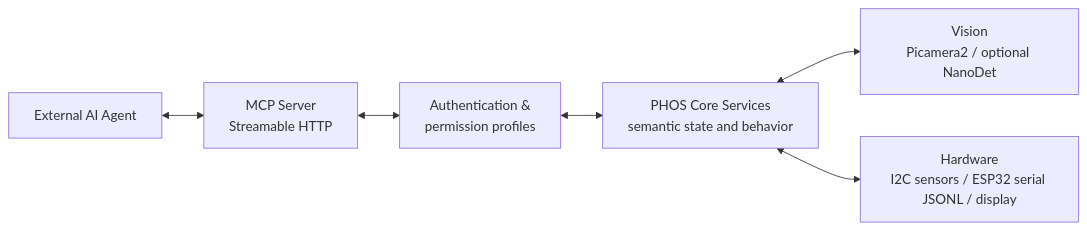
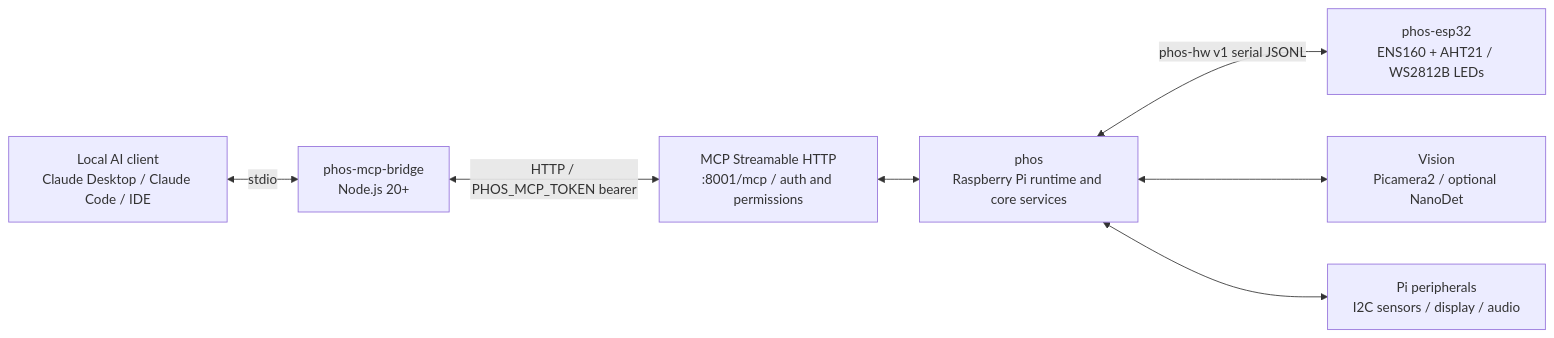
The diagram in README.md (phosairobot/phos), drawn with Mermaid before and after one commit. The commit also changed other lines of this file and 5 other files, not shown here.

Commit message:
docs: integrate phos-mcp-bridge and phos-esp32 into ecosystem architecture and docs

````diff
--- a/README.md
+++ b/README.md
@@ -57,15 +57,17 @@
 ```mermaid
 flowchart LR
-    agent[External AI Agent]
-    mcp["MCP Server<br/>Streamable HTTP"]
-    auth["Authentication &<br/>permission profiles"]
-    core["PHOS Core Services<br/>semantic state and behavior"]
+    agent["Local AI client<br/>Claude Desktop / Claude Code / IDE"]
+    bridge["phos-mcp-bridge<br/>Node.js 20+"]
+    mcp["MCP Streamable HTTP<br/>:8001/mcp / auth and permissions"]
+    core["phos<br/>Raspberry Pi runtime and core services"]
     vision["Vision<br/>Picamera2 / optional NanoDet"]
-    hardware["Hardware<br/>I2C sensors / ESP32 serial JSONL / display"]
+    hardware["Pi peripherals<br/>I2C sensors / display / audio"]
+    esp["phos-esp32<br/>ENS160 + AHT21 / WS2812B LEDs"]
 
-    agent <--> mcp
-    mcp <--> auth
-    auth <--> core
+    agent <-->|stdio| bridge
+    bridge <-->|HTTP / PHOS_MCP_TOKEN bearer| mcp
+    mcp <--> core
+    core <-->|phos-hw v1 serial JSONL| esp
     core <--> vision
     core <--> hardware
 ```
````
